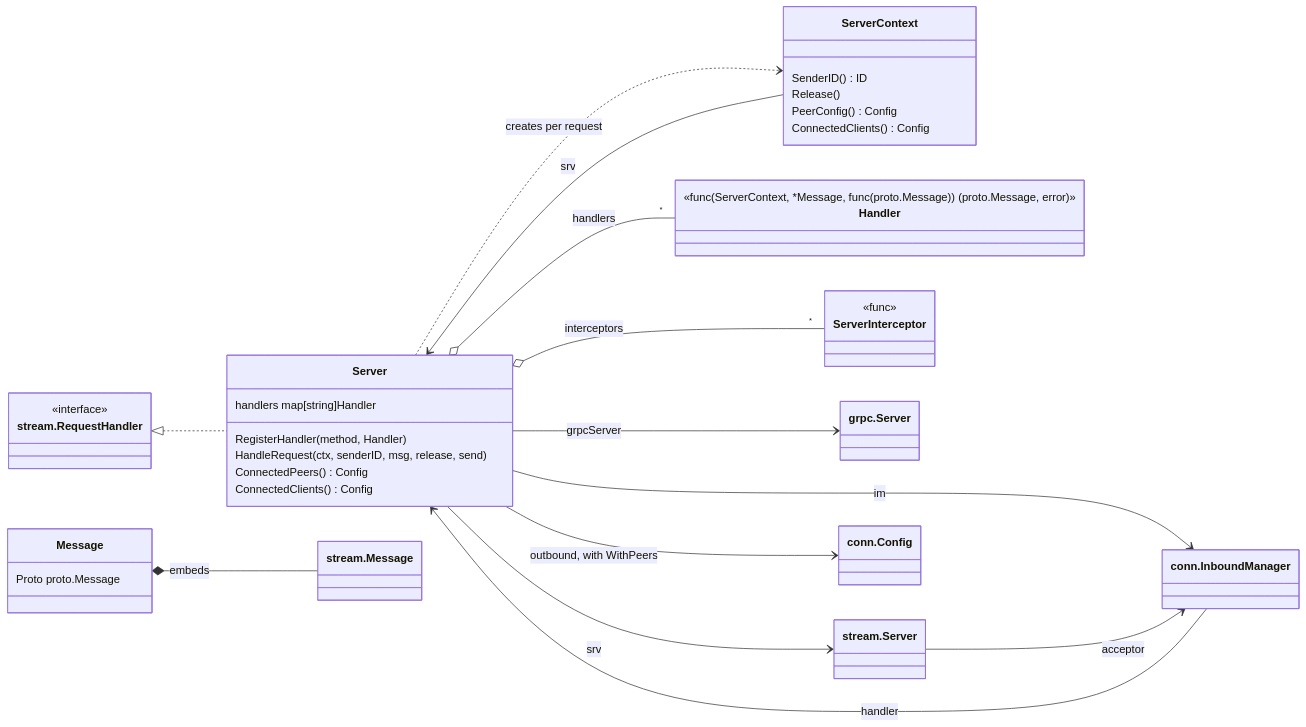
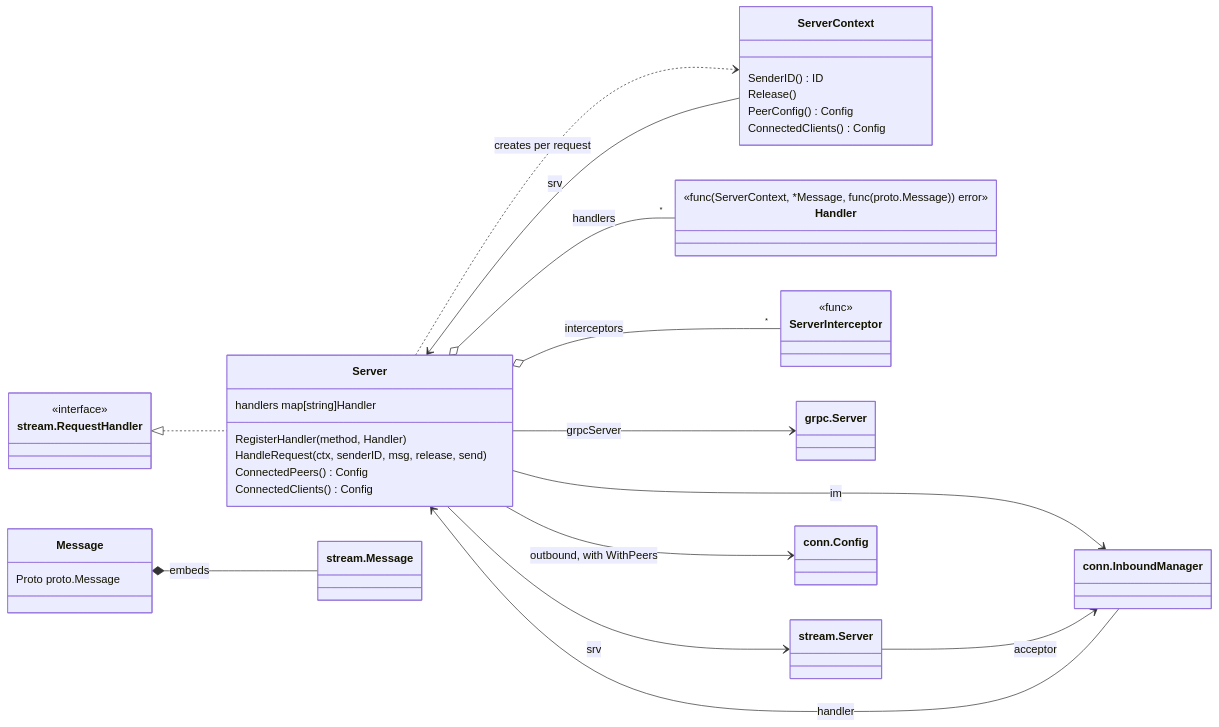
The ninth of 10 diagrams in doc/dev-guide.md (relab/gorums), drawn with Mermaid before and after one commit. The commit also changed other lines of this file and 14 other files, not shown here.

````diff
--- a/doc/dev-guide.md
+++ b/doc/dev-guide.md
@@ -663,47 +664,47 @@
 ```mermaid
 classDiagram
     direction LR
     class Server {
         handlers map[string]Handler
         RegisterHandler(method, Handler)
         HandleRequest(ctx, senderID, msg, release, send)
         ConnectedPeers() Config
         ConnectedClients() Config
     }
     class ServerContext {
         SenderID() ID
         Release()
         PeerConfig() Config
         ConnectedClients() Config
     }
     class Handler {
-        <<func(ServerContext, *Message, func(proto.Message)) (proto.Message, error)>>
+        <<func(ServerContext, *Message, func(proto.Message)) error>>
     }
     class ServerInterceptor {
         <<func>>
     }
     class Message {
         Proto proto.Message
     }
     class GRPCServer["grpc.Server"]
     class StreamServer["stream.Server"]
     class StreamMessage["stream.Message"]
     class InboundManager["conn.InboundManager"]
     class ConnConfig["conn.Config"]
     class StreamRequestHandler["stream.RequestHandler"] {
         <<interface>>
     }
 
     Server --> GRPCServer : grpcServer
     Server --> StreamServer : srv
     Server --> InboundManager : im
     Server --> ConnConfig : outbound, with WithPeers
     Server o-- "*" Handler : handlers
     Server o-- "*" ServerInterceptor : interceptors
     StreamRequestHandler <|.. Server
     StreamServer --> InboundManager : acceptor
     InboundManager --> Server : handler
     Server ..> ServerContext : creates per request
     ServerContext --> Server : srv
     Message *-- StreamMessage : embeds
 ```
````
